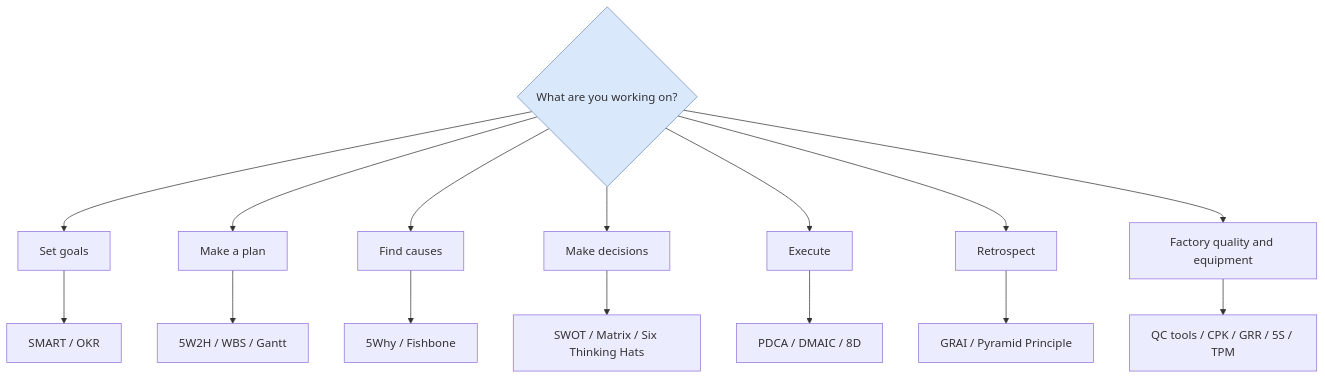
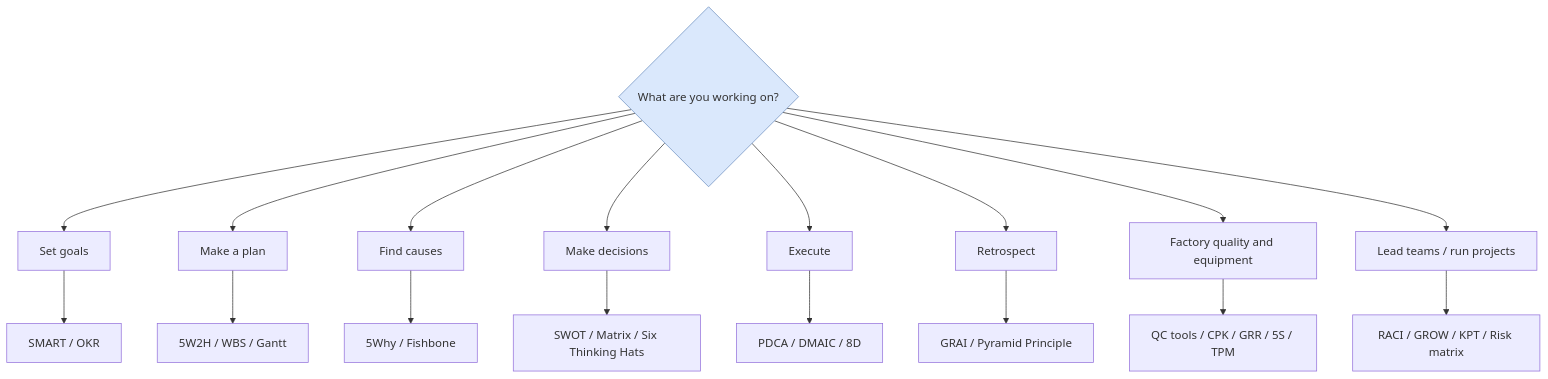
Before and after one commit to hoverwr-bit/management-methods: the first of 52 diagrams in README.en.md, drawn with Mermaid. The commit also changed other lines of this file and 5 other files, not shown here.

Commit message:
新增21个工具至60个：产线平衡/看板/VSM/EOQ/三现/4M变更/目视化/AQL/控制计划/SDCA/FIFO/Kano/PEST/安索夫/RACI/GROW/KPT/冲突策略/马斯洛/CPM/风险矩阵，三语同步

````diff
--- a/README.en.md
+++ b/README.en.md
@@ -33,12 +39,13 @@
 ```mermaid
 flowchart TB
     Q{"What are you working on?"}
     Q --> A["Set goals"] --> A1["SMART / OKR"]
     Q --> B["Make a plan"] --> B1["5W2H / WBS / Gantt"]
     Q --> C["Find causes"] --> C1["5Why / Fishbone"]
     Q --> D["Make decisions"] --> D1["SWOT / Matrix / Six Thinking Hats"]
     Q --> E["Execute"] --> E1["PDCA / DMAIC / 8D"]
     Q --> F["Retrospect"] --> F1["GRAI / Pyramid Principle"]
     Q --> G["Factory quality and equipment"] --> G1["QC tools / CPK / GRR / 5S / TPM"]
+    Q --> H["Lead teams / run projects"] --> H1["RACI / GROW / KPT / Risk matrix"]
     style Q fill:#dae8fc,stroke:#6c8ebf
 ```
````
